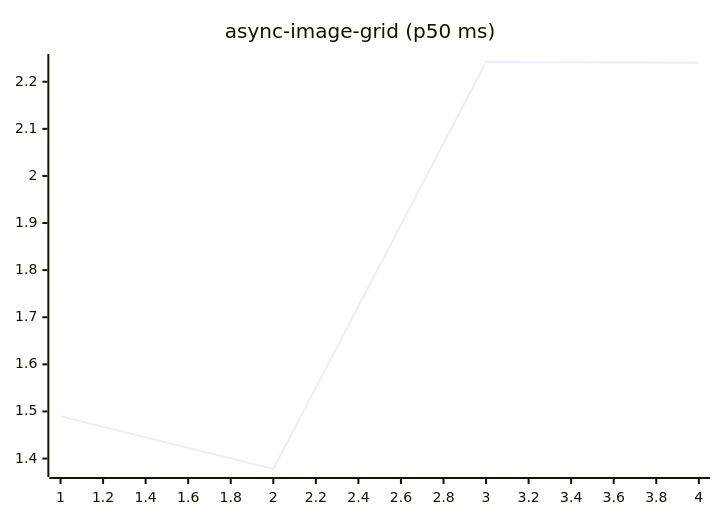
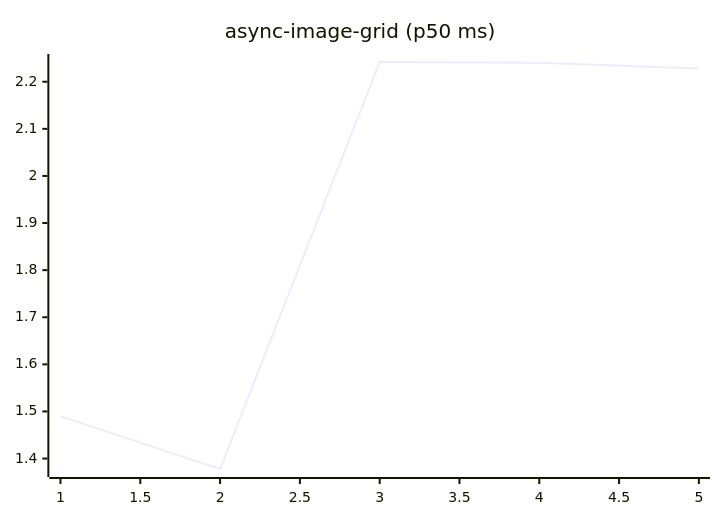
Before and after one commit to josha/Facet: the fifth of 27 diagrams in README.md, drawn with Mermaid. The commit also changed other lines of this file and 2 other files, not shown here.

````diff
--- a/README.md
+++ b/README.md
@@ -91,6 +91,6 @@
 ```mermaid
 xychart-beta
     title "async-image-grid (p50 ms)"
-    x-axis 1 --> 4
-    line [1.4898, 1.3778, 2.2419, 2.2404]
+    x-axis 1 --> 5
+    line [1.4898, 1.3778, 2.2419, 2.2404, 2.2280]
 ```
````
